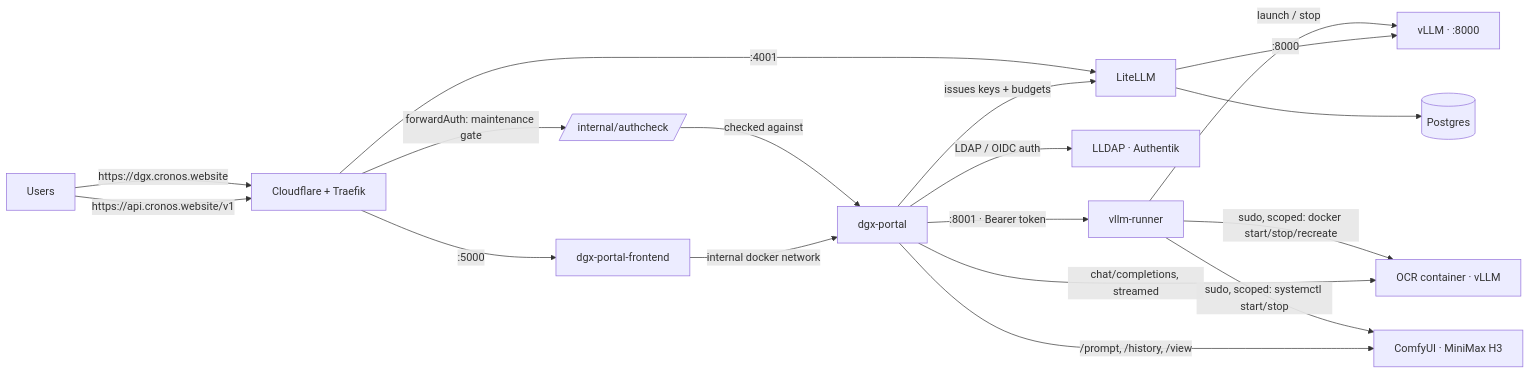
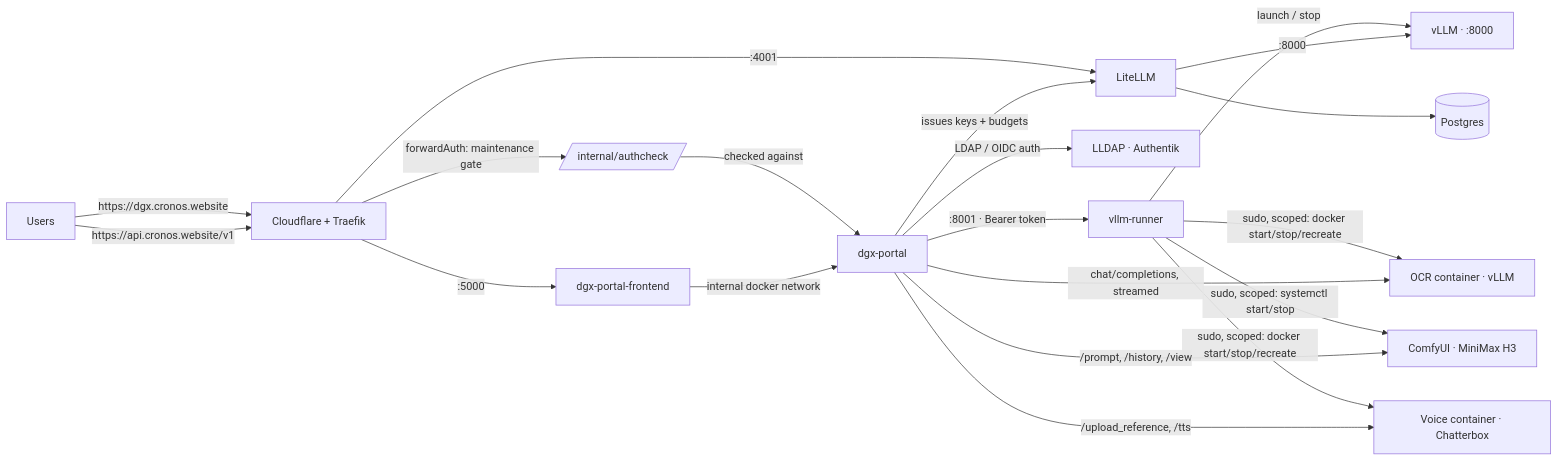
One commit to Sunderrrr/dgx-spark-llm-platform changed the diagram in README.md. Above: the diagram before and after it, drawn with Mermaid. The commit also changed other lines of this file and 14 other files, not shown here.

````diff
--- a/README.md
+++ b/README.md
@@ -34,20 +35,22 @@
 ```mermaid
 flowchart LR
   U[Users] -->|https://dgx.cronos.website| CF[Cloudflare + Traefik]
   U -->|https://api.cronos.website/v1| CF
   CF -->|forwardAuth: maintenance gate| AC[/internal/authcheck/]
   AC -->|checked against| P
   CF -->|:5000| F[dgx-portal-frontend]
   CF -->|:4001| L[LiteLLM]
   F -->|internal docker network| P[dgx-portal]
   P -->|LDAP / OIDC auth| IDP[LLDAP · Authentik]
   P -->|issues keys + budgets| L
   P -->|:8001 · Bearer token| R[vllm-runner]
   R -->|launch / stop| V[vLLM · :8000]
   R -->|sudo, scoped: docker start/stop/recreate| O[OCR container · vLLM]
   R -->|sudo, scoped: systemctl start/stop| CU[ComfyUI · MiniMax H3]
+  R -->|sudo, scoped: docker start/stop/recreate| VC[Voice container · Chatterbox]
   L -->|:8000| V
   L --> PG[(Postgres)]
   P -->|chat/completions, streamed| O
   P -->|/prompt, /history, /view| CU
+  P -->|/upload_reference, /tts| VC
 ```
````
